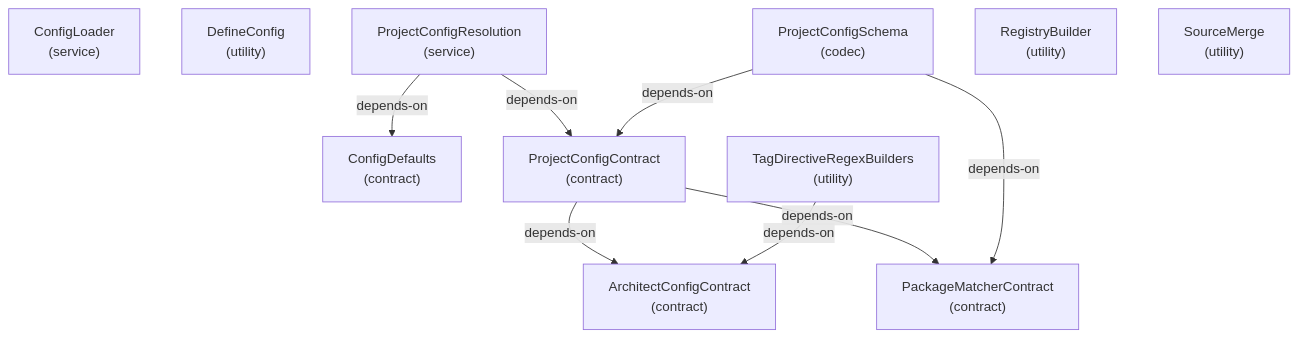
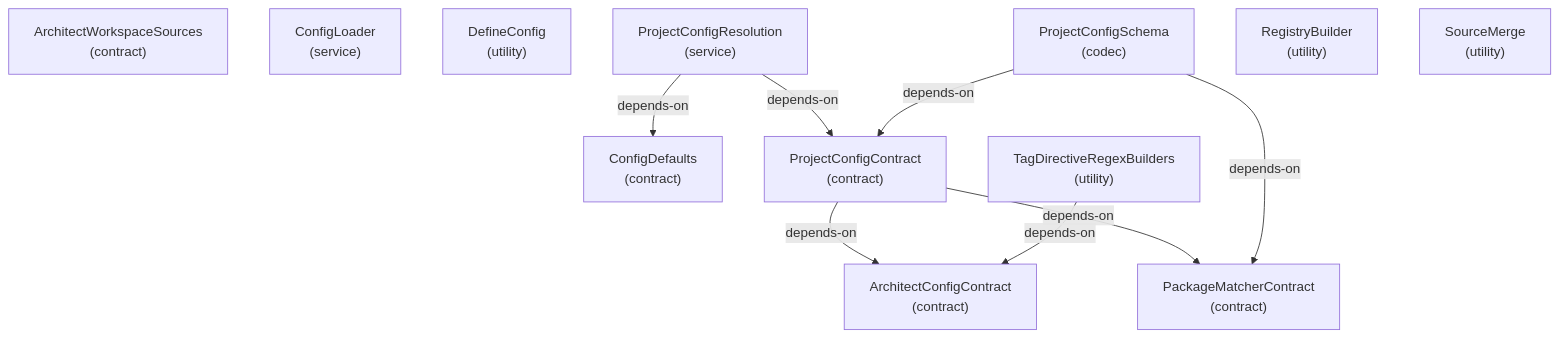
The fifth of 23 diagrams in docs-live/ARCHITECTURE.md (libar-dev/architect), drawn with Mermaid before and after one commit. The commit also changed other lines of this file and 185 other files, not shown here.

Commit message:
refactor(architect): replace facade with frozen graph handle

````diff
--- a/docs-live/ARCHITECTURE.md
+++ b/docs-live/ARCHITECTURE.md
@@ -179,21 +176,22 @@
 ```mermaid
 graph TD
   architectconfigcontract["ArchitectConfigContract<br/>(contract)"]
+  architectworkspacesources["ArchitectWorkspaceSources<br/>(contract)"]
   configdefaults["ConfigDefaults<br/>(contract)"]
   configloader["ConfigLoader<br/>(service)"]
   defineconfig["DefineConfig<br/>(utility)"]
   packagematchercontract["PackageMatcherContract<br/>(contract)"]
   projectconfigcontract["ProjectConfigContract<br/>(contract)"]
   projectconfigresolution["ProjectConfigResolution<br/>(service)"]
   projectconfigschema["ProjectConfigSchema<br/>(codec)"]
   registrybuilder["RegistryBuilder<br/>(utility)"]
   sourcemerge["SourceMerge<br/>(utility)"]
   tagdirectiveregexbuilders["TagDirectiveRegexBuilders<br/>(utility)"]
   projectconfigcontract -->|depends-on| architectconfigcontract
   projectconfigcontract -->|depends-on| packagematchercontract
   projectconfigresolution -->|depends-on| configdefaults
   projectconfigresolution -->|depends-on| projectconfigcontract
   projectconfigschema -->|depends-on| packagematchercontract
   projectconfigschema -->|depends-on| projectconfigcontract
   tagdirectiveregexbuilders -->|depends-on| architectconfigcontract
 ```
````
